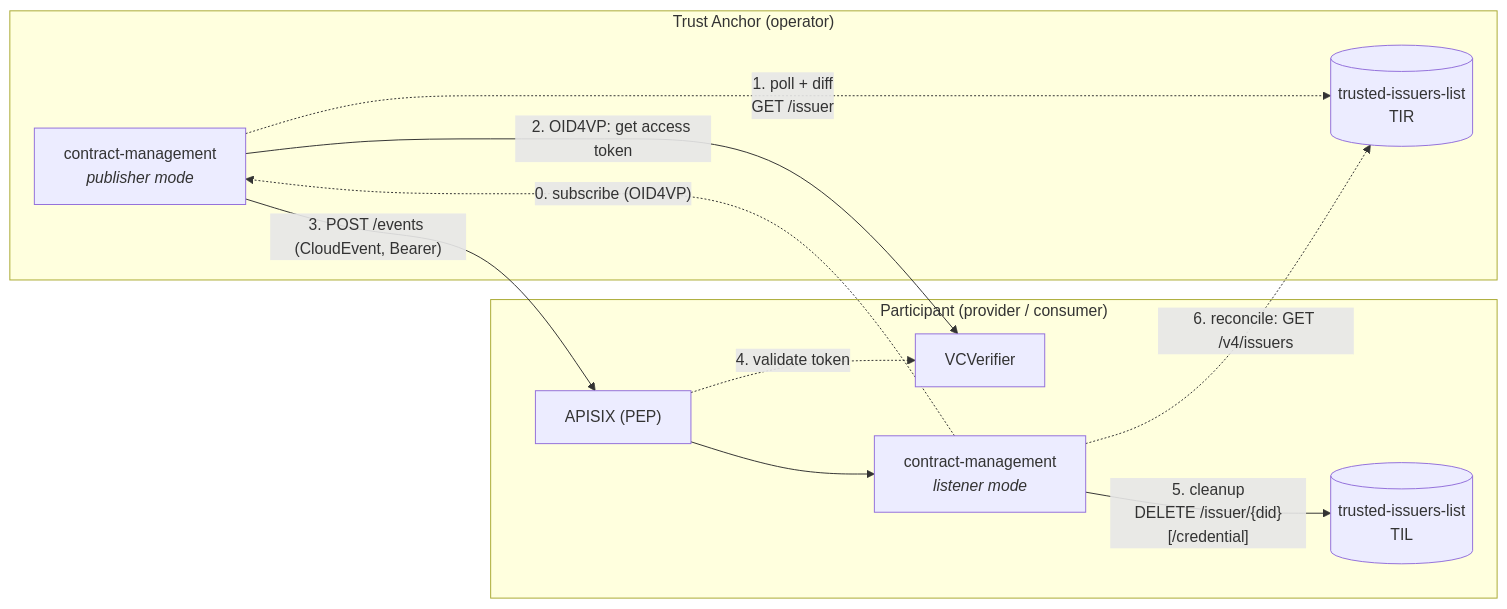
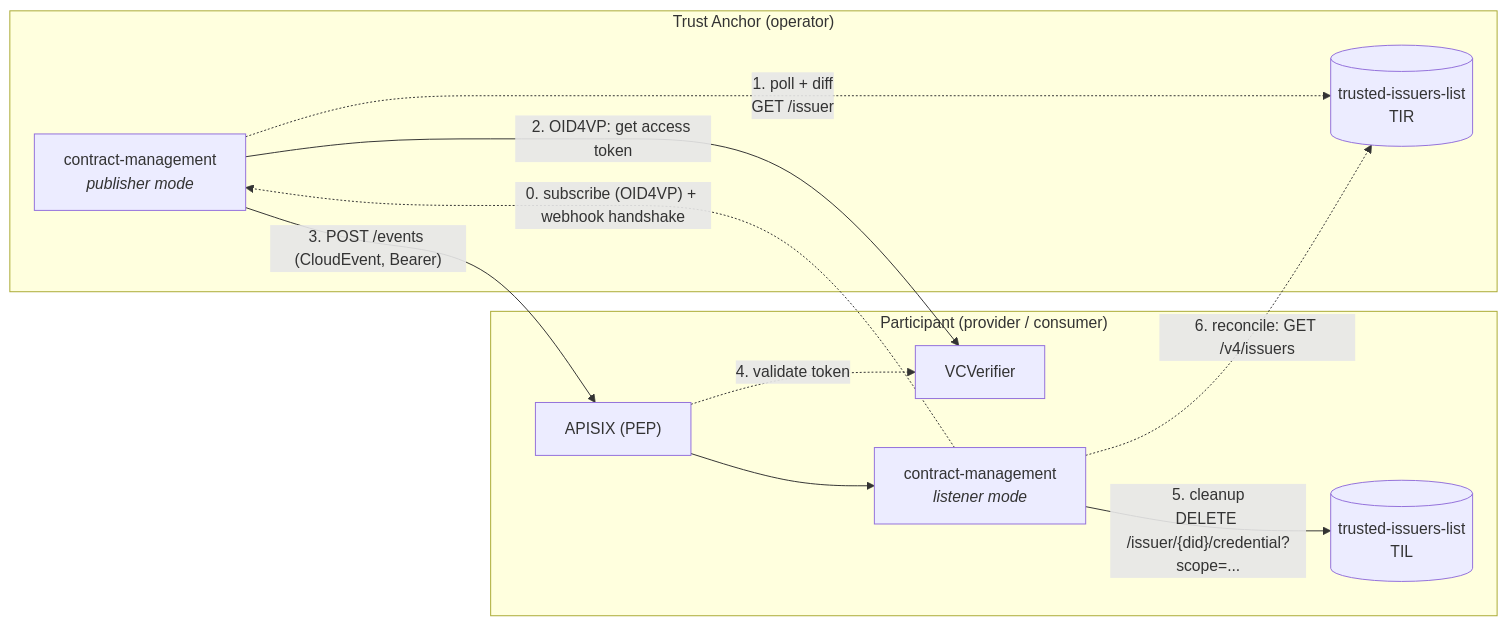
The diagram in doc/eventing/architecture.md (FIWARE/data-space-connector), drawn with Mermaid before and after one commit. The commit also changed other lines of this file and 2 other files, not shown here.

````diff
--- a/doc/eventing/architecture.md
+++ b/doc/eventing/architecture.md
@@ -91,23 +98,23 @@
 ```mermaid
 flowchart LR
     subgraph TA["Trust Anchor (operator)"]
         TIR[("trusted-issuers-list<br/>TIR")]
         PUB["contract-management<br/><i>publisher mode</i>"]
         PUB -. "1. poll + diff<br/>GET /issuer" .-> TIR
     end
 
     subgraph P["Participant (provider / consumer)"]
         PEP["APISIX (PEP)"]
         VER["VCVerifier"]
         CM["contract-management<br/><i>listener mode</i>"]
         TIL[("trusted-issuers-list<br/>TIL")]
         PEP --> CM
         PEP -. "4. validate token" .-> VER
-        CM -- "5. cleanup<br/>DELETE /issuer/{did}[/credential]" --> TIL
+        CM -- "5. cleanup<br/>DELETE /issuer/{did}/credential?scope=..." --> TIL
     end
 
-    CM -. "0. subscribe (OID4VP)" .-> PUB
+    CM -. "0. subscribe (OID4VP) + webhook handshake" .-> PUB
     PUB -- "2. OID4VP: get access token" --> VER
     PUB -- "3. POST /events (CloudEvent, Bearer)" --> PEP
     CM -. "6. reconcile: GET /v4/issuers" .-> TIR
 ```
````
